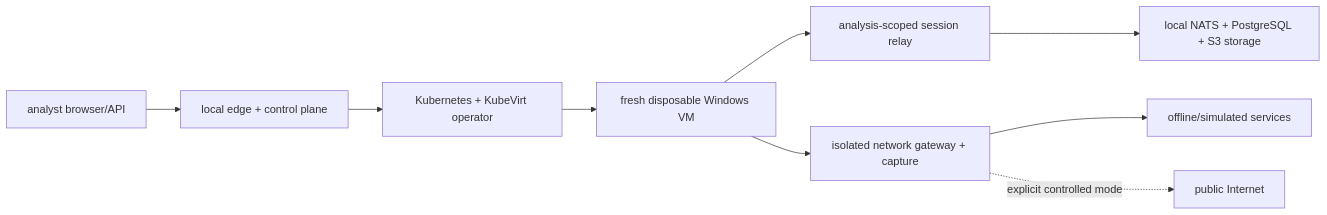
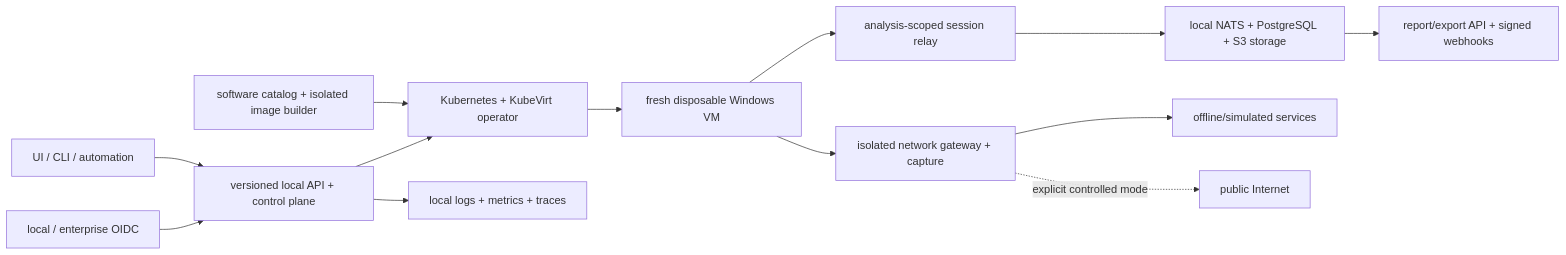
Before and after one commit to diaryfolio/MalZone: the diagram in README.md, drawn with Mermaid. The commit also changed other lines of this file and 30 other files, not shown here.

````diff
--- a/README.md
+++ b/README.md
@@ -24,11 +24,15 @@
 ```mermaid
 flowchart LR
-    Analyst["analyst browser/API"] --> Control["local edge + control plane"]
+    SSO["local / enterprise OIDC"] --> Control["versioned local API + control plane"]
+    Analyst["UI / CLI / automation"] --> Control
     Control --> KubeVirt["Kubernetes + KubeVirt operator"]
+    Catalog["software catalog + isolated image builder"] --> KubeVirt
     KubeVirt --> VM["fresh disposable Windows VM"]
     VM --> Relay["analysis-scoped session relay"]
     VM --> Gateway["isolated network gateway + capture"]
     Relay --> Evidence["local NATS + PostgreSQL + S3 storage"]
     Gateway --> Sim["offline/simulated services"]
     Gateway -. "explicit controlled mode" .-> Internet["public Internet"]
+    Evidence --> Export["report/export API + signed webhooks"]
+    Control --> Observe["local logs + metrics + traces"]
 ```
````
